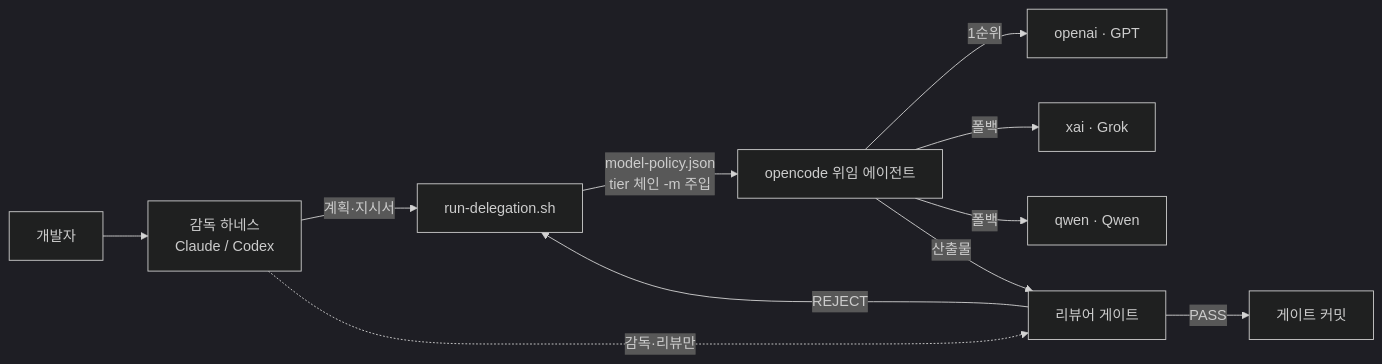
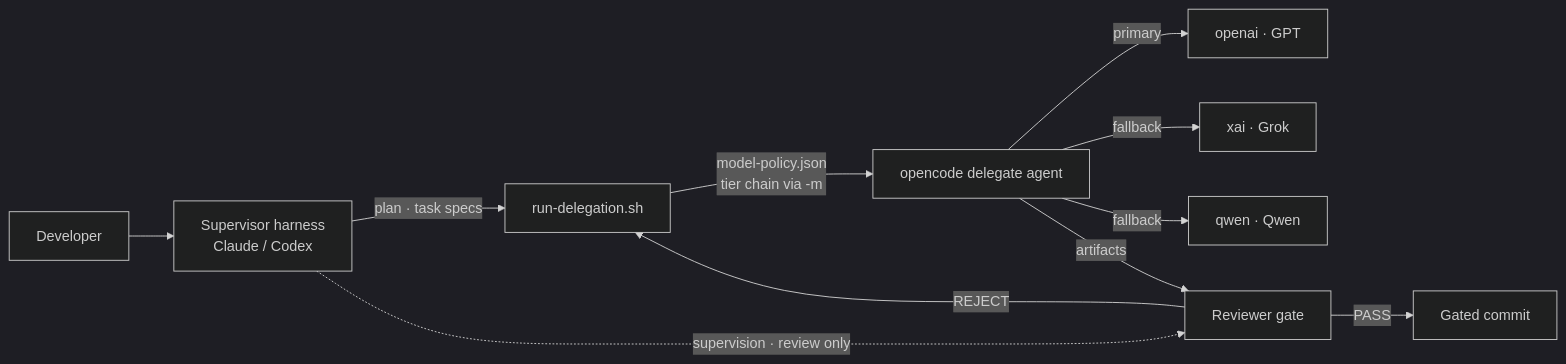
One commit to fartypie-d/dev-orchestrate-kit changed the diagram in README.md. Above: the diagram before and after it, drawn with Mermaid (dark theme). The commit also changed other lines of this file and 2 other files, not shown here.

````diff
--- a/README.md
+++ b/README.md
@@ -48,13 +59,13 @@
 ```mermaid
 flowchart LR
-    U[개발자] --> S[감독 하네스<br/>Claude / Codex]
-    S -->|계획·지시서| RD[run-delegation.sh]
-    RD -->|model-policy.json<br/>tier 체인 -m 주입| OC[opencode 위임 에이전트]
-    OC -->|1순위| GPT[openai · GPT]
-    OC -->|폴백| XAI[xai · Grok]
-    OC -->|폴백| QW[qwen · Qwen]
-    OC -->|산출물| RV[리뷰어 게이트]
-    RV -->|PASS| C[게이트 커밋]
+    U[Developer] --> S[Supervisor harness<br/>Claude / Codex]
+    S -->|plan · task specs| RD[run-delegation.sh]
+    RD -->|model-policy.json<br/>tier chain via -m| OC[opencode delegate agent]
+    OC -->|primary| GPT[openai · GPT]
+    OC -->|fallback| XAI[xai · Grok]
+    OC -->|fallback| QW[qwen · Qwen]
+    OC -->|artifacts| RV[Reviewer gate]
+    RV -->|PASS| C[Gated commit]
     RV -->|REJECT| RD
-    S -. 감독·리뷰만 .-> RV
+    S -. supervision · review only .-> RV
 ```
````
